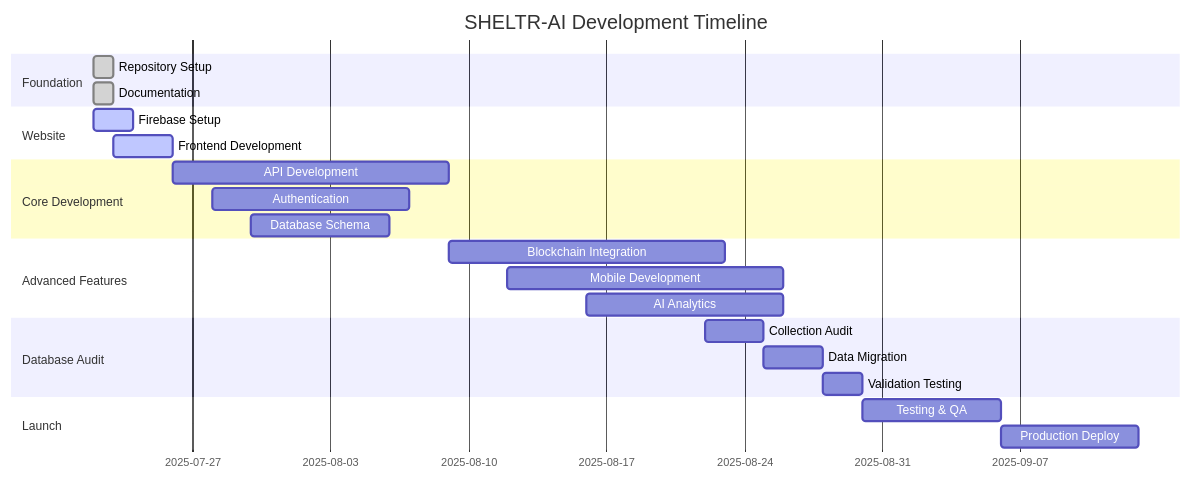
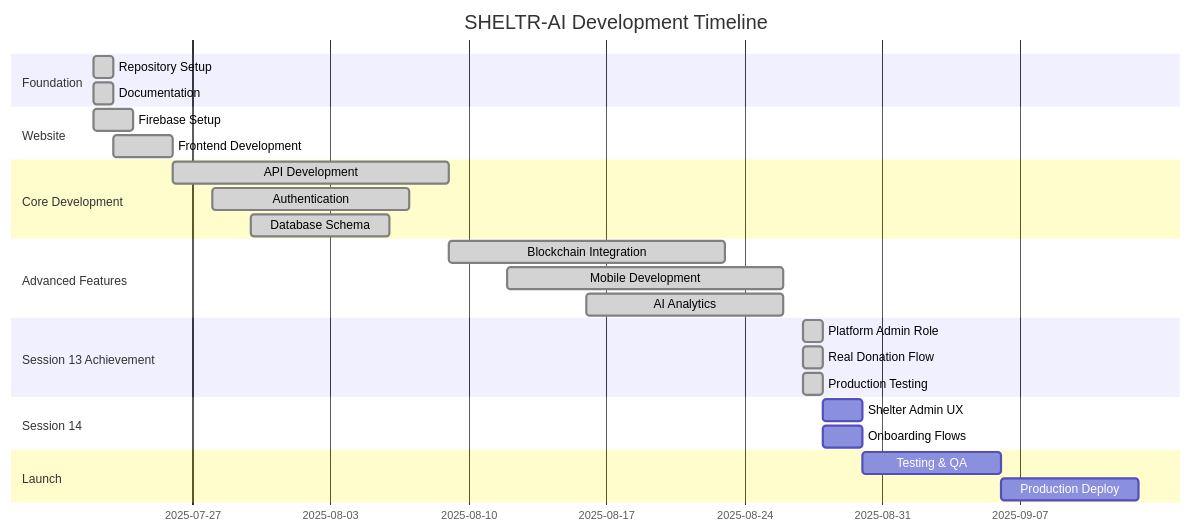
Before and after one commit to mrj0nesmtl/sheltr-ai: the diagram in docs/04-development/dev-roadmap.md, drawn with Mermaid. The commit also changed other lines of this file and 6 other files, not shown here.

````diff
--- a/docs/04-development/dev-roadmap.md
+++ b/docs/04-development/dev-roadmap.md
@@ -27,26 +27,29 @@
 ```mermaid
 gantt
     title SHELTR-AI Development Timeline
     dateFormat  YYYY-MM-DD
     section Foundation
     Repository Setup     :done, 2025-07-22, 1d
     Documentation       :done, 2025-07-22, 1d
     section Website
-    Firebase Setup      :active, 2025-07-22, 2d
-    Frontend Development :active, 2025-07-23, 3d
+    Firebase Setup      :done, 2025-07-22, 2d
+    Frontend Development :done, 2025-07-23, 3d
     section Core Development
-    API Development     :2025-07-26, 14d
-    Authentication      :2025-07-28, 10d
-    Database Schema     :2025-07-30, 7d
+    API Development     :done, 2025-07-26, 14d
+    Authentication      :done, 2025-07-28, 10d
+    Database Schema     :done, 2025-07-30, 7d
     section Advanced Features
-    Blockchain Integration :2025-08-09, 14d
-    Mobile Development  :2025-08-12, 14d
-    AI Analytics       :2025-08-16, 10d
-    section Database Audit
-    Collection Audit    :2025-08-22, 3d
-    Data Migration      :2025-08-25, 3d
-    Validation Testing  :2025-08-28, 2d
+    Blockchain Integration :done, 2025-08-09, 14d
+    Mobile Development  :done, 2025-08-12, 14d
+    AI Analytics       :done, 2025-08-16, 10d
+    section Session 13 Achievement
+    Platform Admin Role    :done, 2025-08-27, 1d
+    Real Donation Flow     :done, 2025-08-27, 1d
+    Production Testing     :done, 2025-08-27, 1d
+    section Session 14
+    Shelter Admin UX       :2025-08-28, 2d
+    Onboarding Flows      :2025-08-28, 2d
     section Launch
     Testing & QA       :2025-08-30, 7d
     Production Deploy  :2025-09-06, 7d
 ```
````
